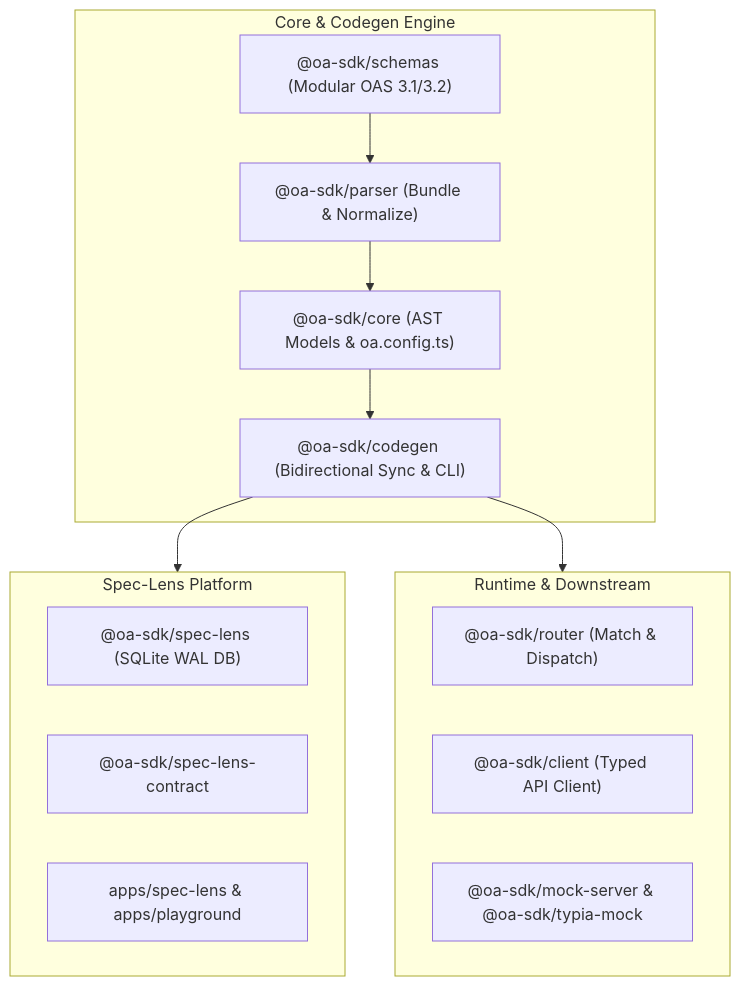
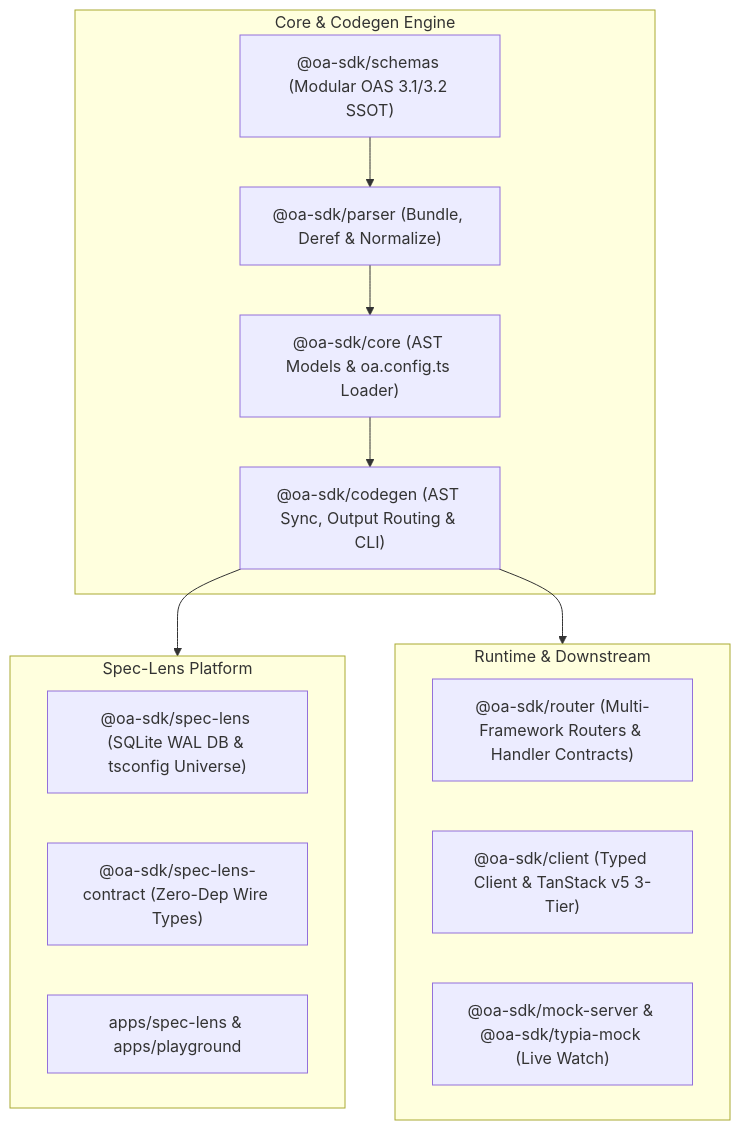
Before and after one commit to mineclover/oa-sdk: the diagram in .agents/skills/oa-sdk/SKILL.md, drawn with Mermaid. The commit also changed other lines of this file and 44 other files, not shown here.

````diff
--- a/.agents/skills/oa-sdk/SKILL.md
+++ b/.agents/skills/oa-sdk/SKILL.md
@@ -14,27 +14,27 @@
 ```mermaid
 graph TD
     subgraph Core & Codegen [Core & Codegen Engine]
-        Schemas["@oa-sdk/schemas (Modular OAS 3.1/3.2)"]
-        Parser["@oa-sdk/parser (Bundle & Normalize)"]
-        Core["@oa-sdk/core (AST Models & oa.config.ts)"]
-        Codegen["@oa-sdk/codegen (Bidirectional Sync & CLI)"]
+        Schemas["@oa-sdk/schemas (Modular OAS 3.1/3.2 SSOT)"]
+        Parser["@oa-sdk/parser (Bundle, Deref & Normalize)"]
+        Core["@oa-sdk/core (AST Models & oa.config.ts Loader)"]
+        Codegen["@oa-sdk/codegen (AST Sync, Output Routing & CLI)"]
     end
 
     subgraph SpecLens [Spec-Lens Platform]
-        LensEngine["@oa-sdk/spec-lens (SQLite WAL DB)"]
-        LensContract["@oa-sdk/spec-lens-contract"]
+        LensEngine["@oa-sdk/spec-lens (SQLite WAL DB & tsconfig Universe)"]
+        LensContract["@oa-sdk/spec-lens-contract (Zero-Dep Wire Types)"]
         LensApp["apps/spec-lens & apps/playground"]
     end
 
     subgraph Runtime [Runtime & Downstream]
-        Router["@oa-sdk/router (Match & Dispatch)"]
-        Client["@oa-sdk/client (Typed API Client)"]
-        MockServer["@oa-sdk/mock-server & @oa-sdk/typia-mock"]
+        Router["@oa-sdk/router (Multi-Framework Routers & Handler Contracts)"]
+        Client["@oa-sdk/client (Typed Client & TanStack v5 3-Tier)"]
+        MockServer["@oa-sdk/mock-server & @oa-sdk/typia-mock (Live Watch)"]
     end
 
     Schemas --> Parser
     Parser --> Core
     Core --> Codegen
     Codegen --> SpecLens
     Codegen --> Runtime
 ```
````
